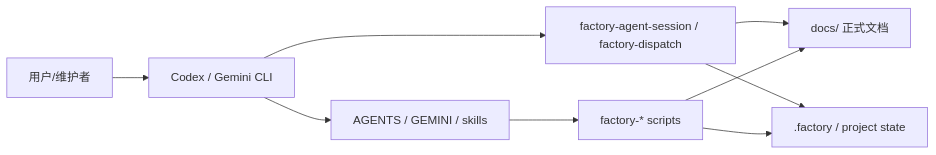
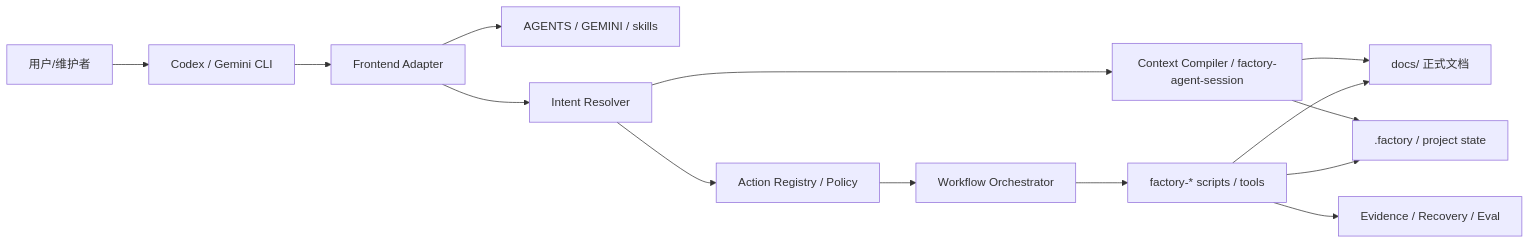
One commit to uroborus2s/shanforge changed the diagram in docs/04-project-development/04-design/system-architecture.md. Above: the diagram before and after it, drawn with Mermaid. The commit also changed other lines of this file and 45 other files, not shown here.

````diff
--- a/docs/04-project-development/04-design/system-architecture.md
+++ b/docs/04-project-development/04-design/system-architecture.md
@@ -18,11 +18,16 @@
 ```mermaid
 flowchart LR
     User["用户/维护者"] --> CLI["Codex / Gemini CLI"]
-    CLI --> Rules["AGENTS / GEMINI / skills"]
-    CLI --> Session["factory-agent-session / factory-dispatch"]
+    CLI --> Adapter["Frontend Adapter"]
+    Adapter --> Rules["AGENTS / GEMINI / skills"]
+    Adapter --> Intent["Intent Resolver"]
+    Intent --> Session["Context Compiler / factory-agent-session"]
+    Intent --> Registry["Action Registry / Policy"]
+    Registry --> Workflow["Workflow Orchestrator"]
+    Workflow --> Scripts["factory-* scripts / tools"]
     Session --> Docs["docs/ 正式文档"]
     Session --> State[".factory / project state"]
-    Rules --> Scripts["factory-* scripts"]
     Scripts --> Docs
     Scripts --> State
+    Scripts --> Evidence["Evidence / Recovery / Eval"]
 ```
````
